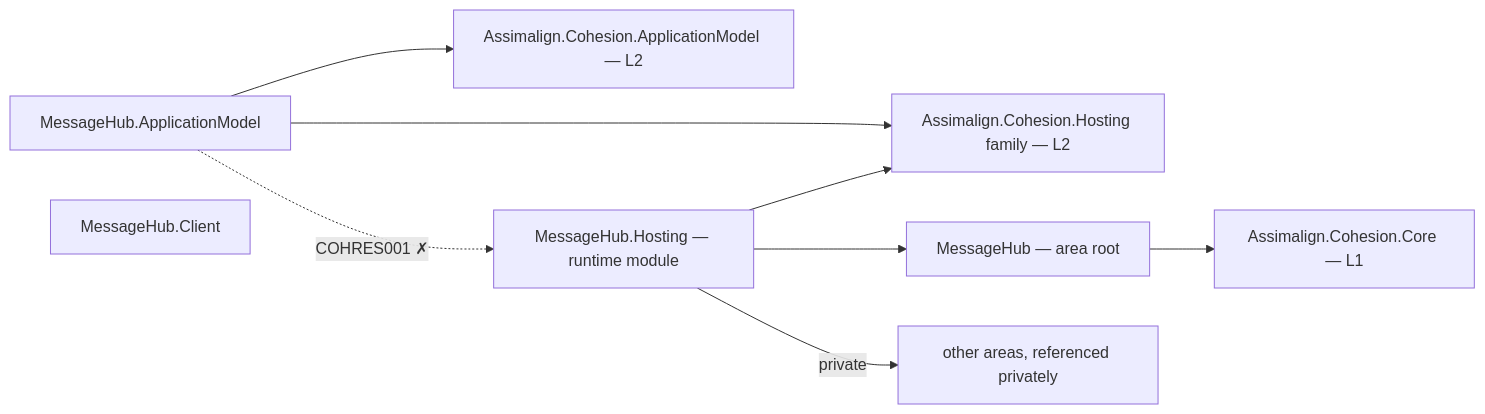
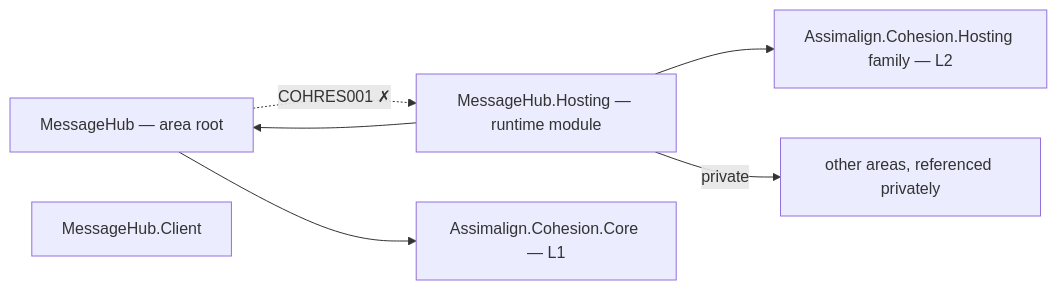
Before and after one commit to assimalign/cohesion: the diagram in resources/MessageHub/README.md, drawn with Mermaid. The commit also changed other lines of this file and 441 other files, not shown here.

````diff
--- a/resources/MessageHub/README.md
+++ b/resources/MessageHub/README.md
@@ -12,18 +12,14 @@
 ```mermaid
 flowchart LR
     P0["MessageHub — area root"]
-    P1["MessageHub.ApplicationModel"]
     P2["MessageHub.Client"]
     P3["MessageHub.Hosting — runtime module"]
     CORE["Assimalign.Cohesion.Core — L1"]
     HOSTFAM["Assimalign.Cohesion.Hosting family — L2"]
-    APPMODEL["Assimalign.Cohesion.ApplicationModel — L2"]
     PRIV["other areas, referenced privately"]
     P0 --> CORE
-    P1 --> APPMODEL
-    P1 --> HOSTFAM
     P3 --> HOSTFAM
     P3 --> P0
     P3 -->|"private"| PRIV
-    P1 -.->|"COHRES001 ✗"| P3
+    P0 -.->|"COHRES001 ✗"| P3
 ```
````
